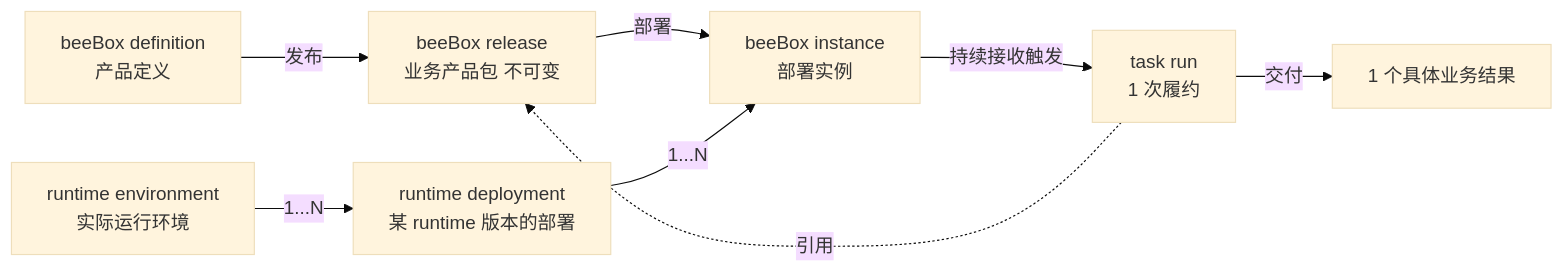
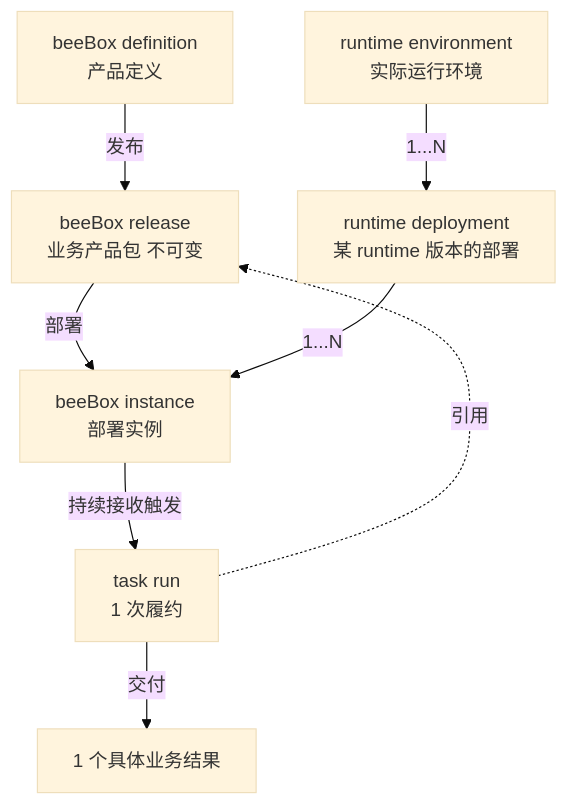
Before and after one commit to chehuizi/beeOS: the first of 3 diagrams in docs/beebox-design.md, drawn with Mermaid (base theme). The commit also changed other lines of this file, not shown here.

Commit message:
docs: 总览图改 TB 布局（引用箭头走直路）

````diff
--- a/docs/beebox-design.md
+++ b/docs/beebox-design.md
@@ -66,18 +66,18 @@
 ```mermaid
-flowchart LR
+flowchart TB
   def["beeBox definition\n产品定义"]
+  env["runtime environment\n实际运行环境"]
   rel["beeBox release\n业务产品包 不可变"]
+  dep["runtime deployment\n某 runtime 版本的部署"]
   ins["beeBox instance\n部署实例"]
-  env["runtime environment\n实际运行环境"]
-  dep["runtime deployment\n某 runtime 版本的部署"]
   run["task run\n1 次履约"]
   result["1 个具体业务结果"]
 
   def -->|发布| rel
+  env -->|1...N| dep
   rel -->|部署| ins
-  env -->|1...N| dep
   dep -->|1...N| ins
-  run -.引用.-> rel
   ins -->|持续接收触发| run
   run -->|交付| result
+  run -.引用.-> rel
 ```
````
